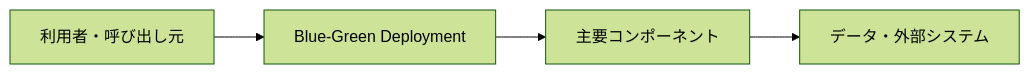
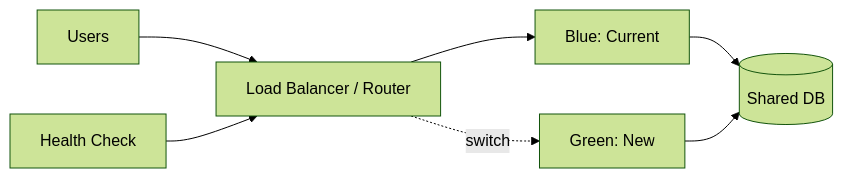
Before and after one commit to t-shirayama/architecture-notes: the diagram in docs/インフラ・運用系/ブルーグリーンデプロイメント.md, drawn with Mermaid (forest theme). The commit also changed other lines of this file and 32 other files, not shown here.

Commit message:
docs: refine remaining architecture notes

````diff
--- a/docs/インフラ・運用系/ブルーグリーンデプロイメント.md
+++ b/docs/インフラ・運用系/ブルーグリーンデプロイメント.md
@@ -24,6 +28,9 @@
 ```mermaid
 flowchart LR
-    A[利用者・呼び出し元] --> B[Blue-Green Deployment]
-    B --> C[主要コンポーネント]
-    C --> D[データ・外部システム]
+    Users --> Router[Load Balancer / Router]
+    Router --> Blue[Blue: Current]
+    Router -. switch .-> Green[Green: New]
+    Blue --> DB[(Shared DB)]
+    Green --> DB
+    Monitor[Health Check] --> Router
 ```
````
